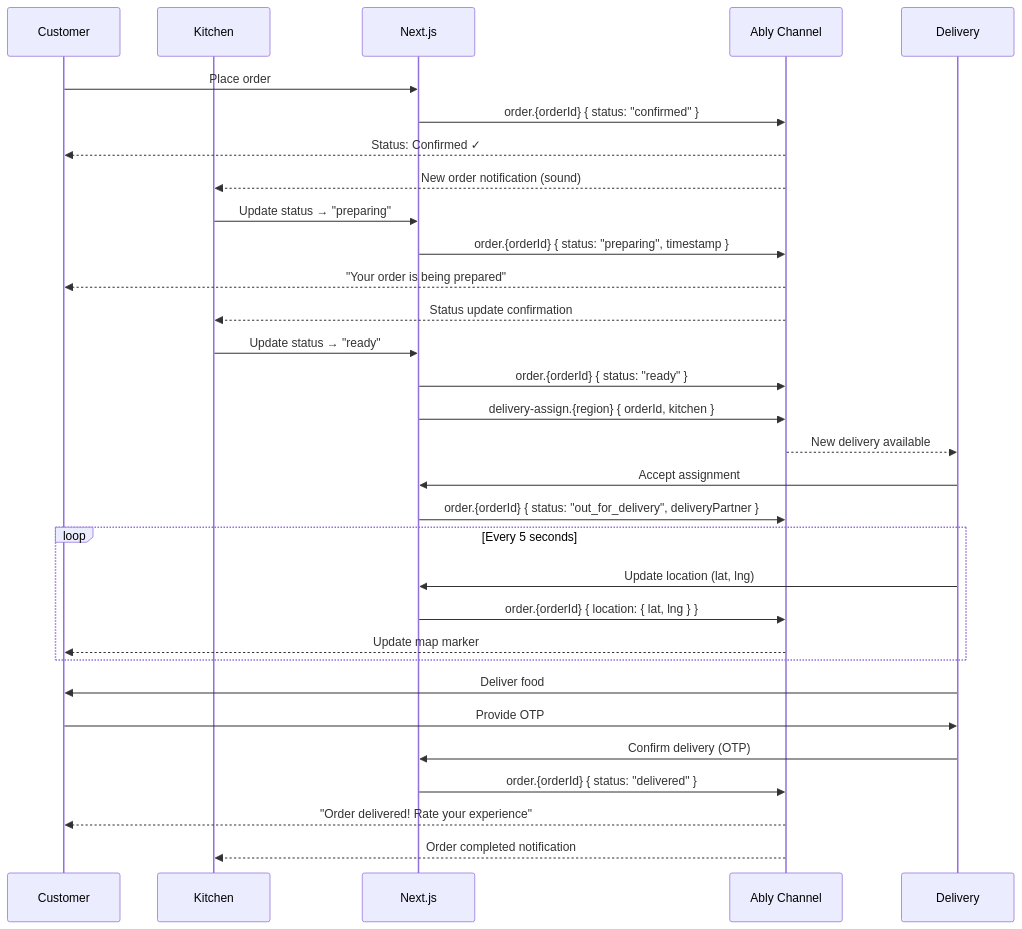
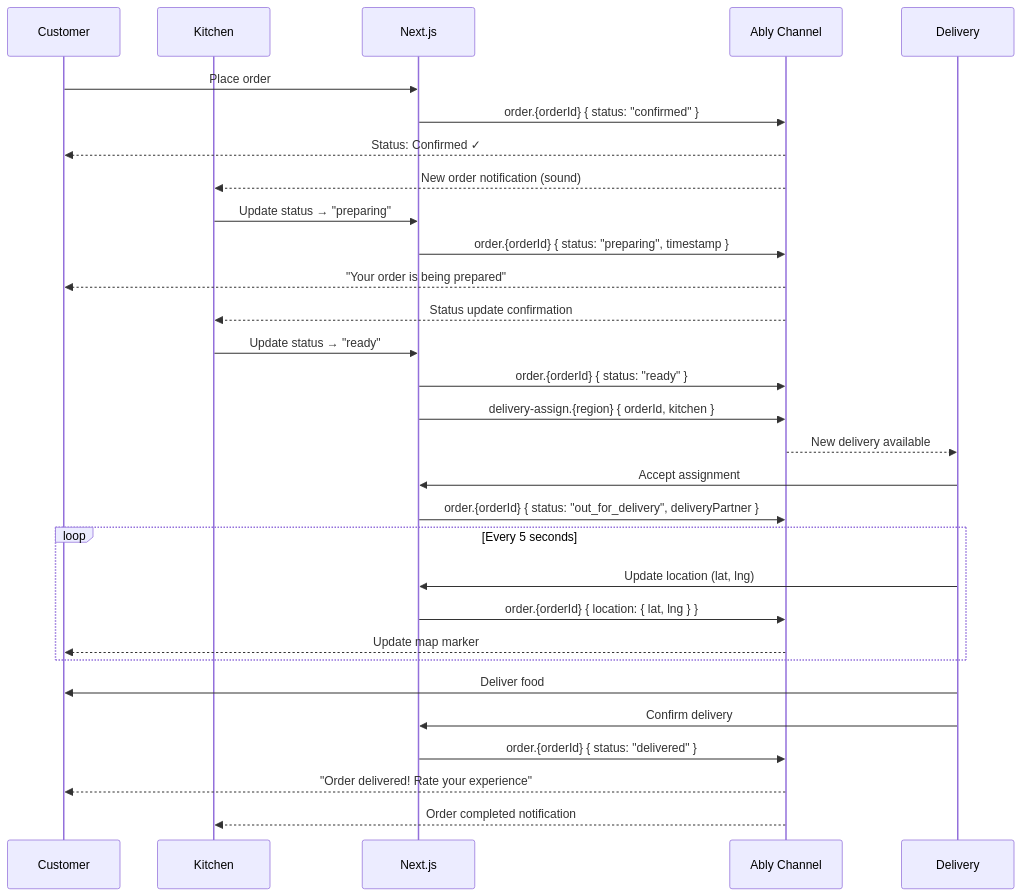
Before and after one commit to dharshan47/rrckitchen: the sixth of 7 diagrams in docs/06-state-data-flow.md, drawn with Mermaid. The commit also changed 34 other files, not shown here.

````diff
--- a/docs/06-state-data-flow.md
+++ b/docs/06-state-data-flow.md
@@ -563,39 +563,38 @@
 ```mermaid
 sequenceDiagram
     participant Customer
     participant Kitchen
     participant Server as Next.js
     participant Ably as Ably Channel
     participant Delivery
 
     Customer->>Server: Place order
     Server->>Ably: order.{orderId} { status: "confirmed" }
     Ably-->>Customer: Status: Confirmed ✓
     Ably-->>Kitchen: New order notification (sound)
 
     Kitchen->>Server: Update status → "preparing"
     Server->>Ably: order.{orderId} { status: "preparing", timestamp }
     Ably-->>Customer: "Your order is being prepared"
     Ably-->>Kitchen: Status update confirmation
 
     Kitchen->>Server: Update status → "ready"
     Server->>Ably: order.{orderId} { status: "ready" }
 
     Server->>Ably: delivery-assign.{region} { orderId, kitchen }
     Ably-->>Delivery: New delivery available
     Delivery->>Server: Accept assignment
     Server->>Ably: order.{orderId} { status: "out_for_delivery", deliveryPartner }
 
     loop Every 5 seconds
         Delivery->>Server: Update location (lat, lng)
         Server->>Ably: order.{orderId} { location: { lat, lng } }
         Ably-->>Customer: Update map marker
     end
 
     Delivery->>Customer: Deliver food
-    Customer->>Delivery: Provide OTP
-    Delivery->>Server: Confirm delivery (OTP)
+    Delivery->>Server: Confirm delivery
     Server->>Ably: order.{orderId} { status: "delivered" }
     Ably-->>Customer: "Order delivered! Rate your experience"
     Ably-->>Kitchen: Order completed notification
 ```
````
